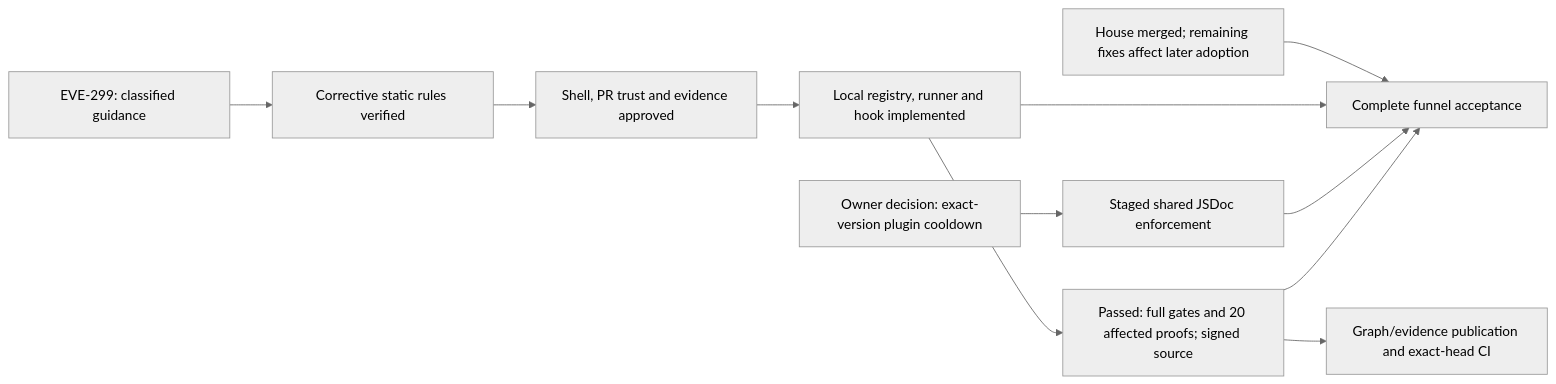
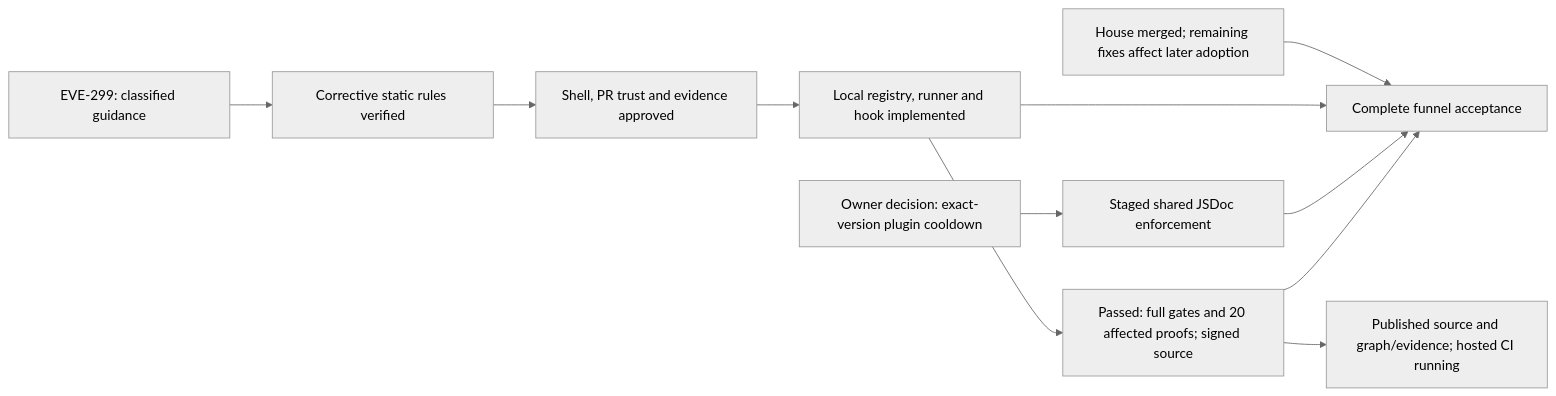
The third of 46 diagrams in docs/planning/timeline.md (Resnovas/Eventiva), drawn with Mermaid (neutral theme) before and after one commit. The commit also changed other lines of this file and 2 other files, not shown here.

Commit message:
docs(verification): distinguish evidence serialization from pipeline scheduling
Record the published local funnel and preserve independent timing-owner verification for non-feature concurrency.

Refs: EVE-299, Resnovas/Eventiva#1092, RES-66

````diff
--- a/docs/planning/timeline.md
+++ b/docs/planning/timeline.md
@@ -81,13 +83,13 @@
 ```mermaid
 flowchart LR
     FunnelReview["EVE-299: classified guidance"] --> StaticSlice["Corrective static rules verified"]
     StaticSlice --> OwnerChoices["Shell, PR trust and evidence approved"]
     OwnerChoices --> FeatureProof["Local registry, runner and hook implemented"]
     HouseSource["House merged; remaining fixes affect later adoption"] --> FullFunnel["Complete funnel acceptance"]
     FeatureProof --> FullFunnel
     FeatureProof --> Delivery["Passed: full gates and 20 affected proofs; signed source"]
-    Delivery --> Publication["Graph/evidence publication and exact-head CI"]
+    Delivery --> Publication["Published source and graph/evidence; hosted CI running"]
     Cooldown["Owner decision: exact-version plugin cooldown"] --> SharedRules["Staged shared JSDoc enforcement"]
     SharedRules --> FullFunnel
     Delivery --> FullFunnel
 ```
````
